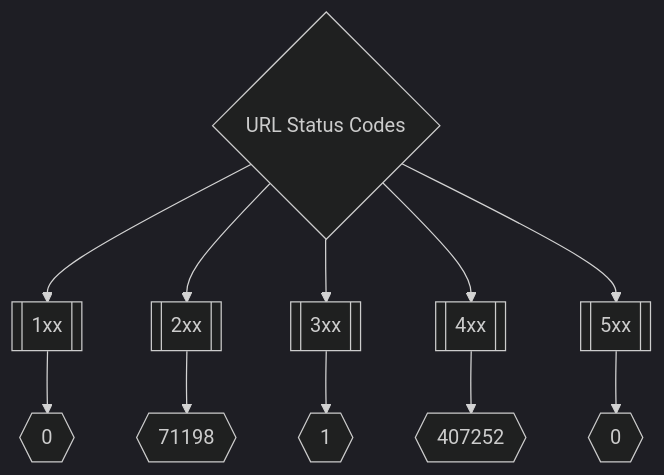
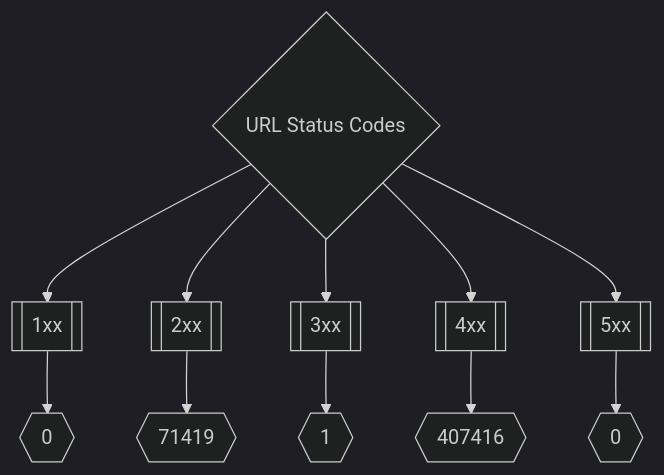
The second of 3 diagrams in README.md (trickest/inventory), drawn with Mermaid (dark theme) before and after one commit. The commit also changed other lines of this file and 311 other files, not shown here.

````diff
--- a/README.md
+++ b/README.md
@@ -173,8 +173,8 @@
 ```mermaid
 graph TD
 title{URL Status Codes} --> 1xx[[1xx]] --> status1xxNum{{0}}
-title --> 2xx[[2xx]] --> status2xxNum{{71198}}
+title --> 2xx[[2xx]] --> status2xxNum{{71419}}
 title --> 3xx[[3xx]] --> status3xxNum{{1}}
-title --> 4xx[[4xx]] --> status4xxNum{{407252}}
+title --> 4xx[[4xx]] --> status4xxNum{{407416}}
 title --> 5xx[[5xx]] --> status5xxNum{{0}}
 ```
````
